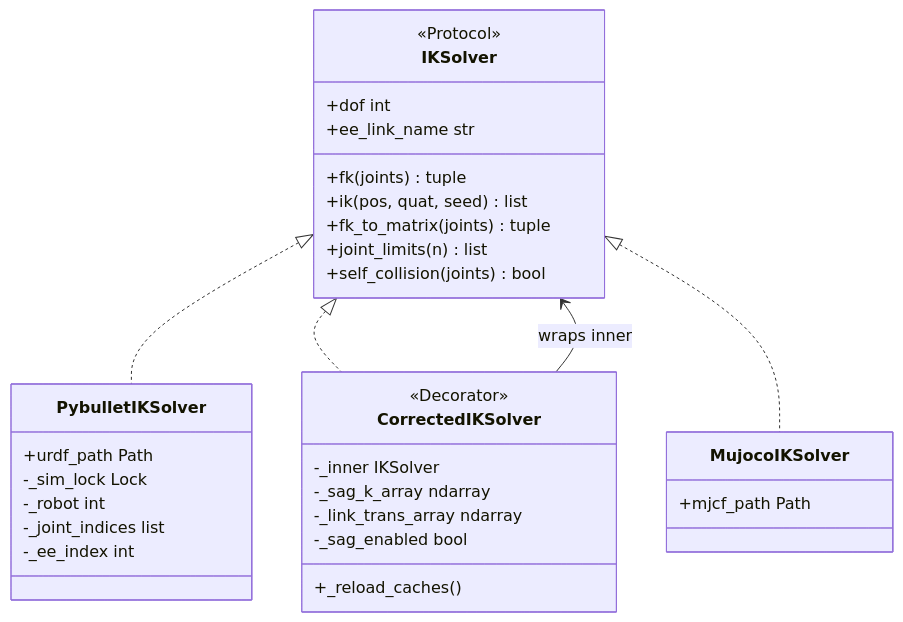
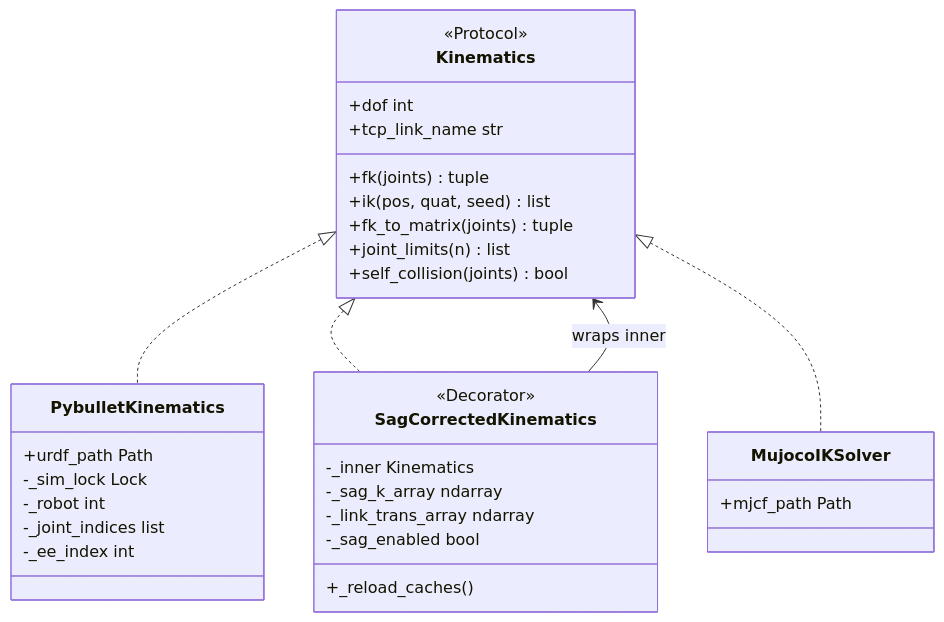
Before and after one commit to zzingobomi/horibot: the second of 10 diagrams in docs/multi_robot_walkthrough.md, drawn with Mermaid. The commit also changed other lines of this file and 36 other files, not shown here.

Commit message:
feat: iksolver -> kinematics 로 네이밍 변경

````diff
--- a/docs/multi_robot_walkthrough.md
+++ b/docs/multi_robot_walkthrough.md
@@ -110,39 +110,39 @@
 ```mermaid
 classDiagram
-    class IKSolver {
+    class Kinematics {
         <<Protocol>>
         +dof int
-        +ee_link_name str
+        +tcp_link_name str
         +fk(joints) tuple
         +ik(pos, quat, seed) list
         +fk_to_matrix(joints) tuple
         +joint_limits(n) list
         +self_collision(joints) bool
     }
 
-    class PybulletIKSolver {
+    class PybulletKinematics {
         +urdf_path Path
         -_sim_lock Lock
         -_robot int
         -_joint_indices list
         -_ee_index int
     }
 
-    class CorrectedIKSolver {
+    class SagCorrectedKinematics {
         <<Decorator>>
-        -_inner IKSolver
+        -_inner Kinematics
         -_sag_k_array ndarray
         -_link_trans_array ndarray
         -_sag_enabled bool
         +_reload_caches()
     }
 
     class MujocoIKSolver {
         +mjcf_path Path
     }
 
-    IKSolver <|.. PybulletIKSolver
-    IKSolver <|.. CorrectedIKSolver
-    IKSolver <|.. MujocoIKSolver
-    CorrectedIKSolver --> IKSolver : wraps inner
+    Kinematics <|.. PybulletKinematics
+    Kinematics <|.. SagCorrectedKinematics
+    Kinematics <|.. MujocoIKSolver
+    SagCorrectedKinematics --> Kinematics : wraps inner
 ```
````
